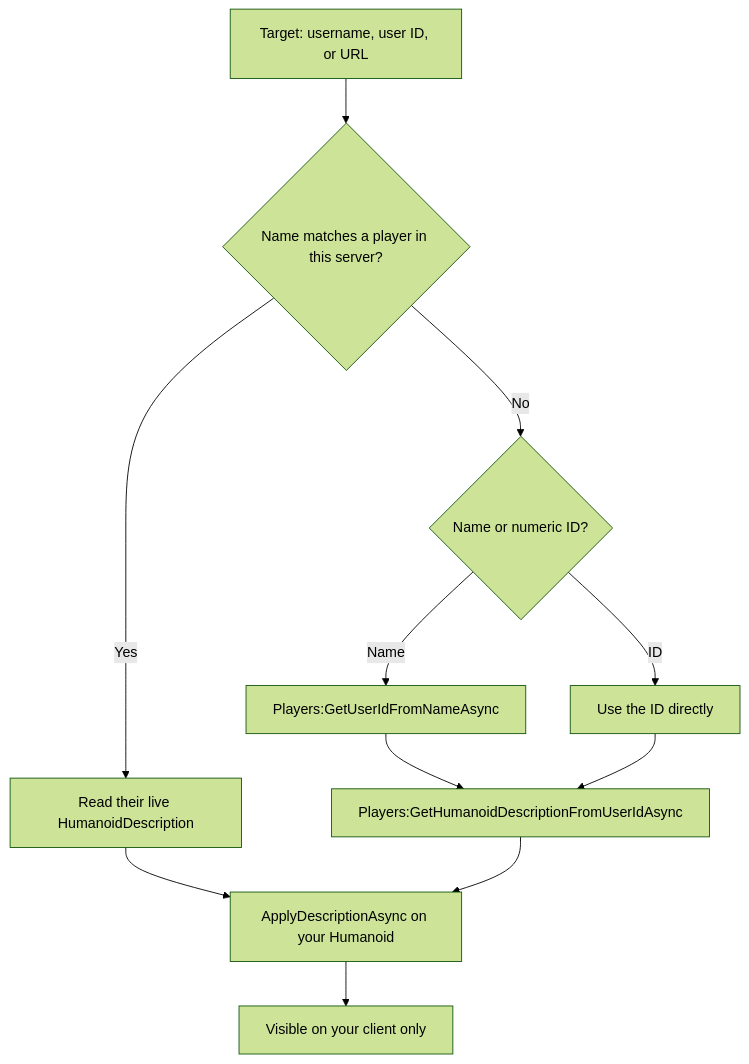
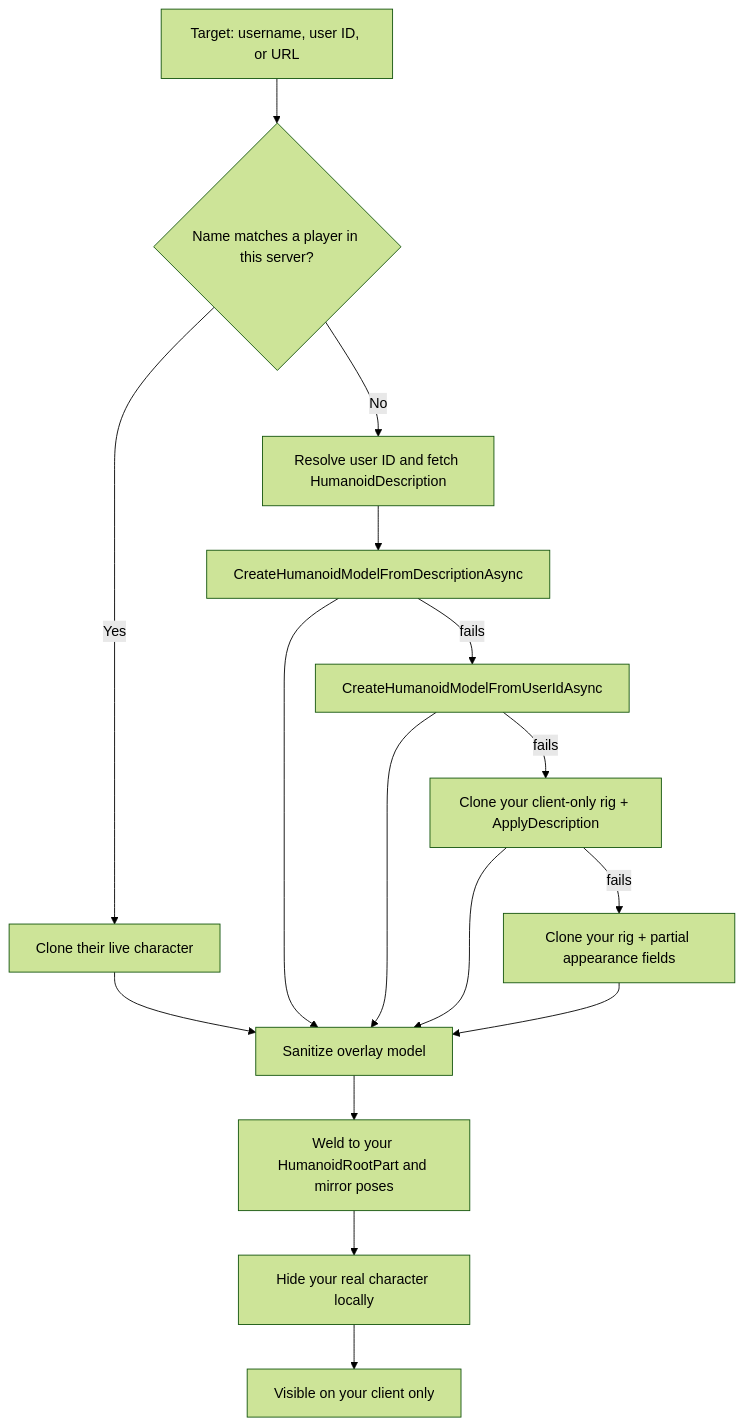
Before and after one commit to ArchDityaa/avatar-copier: the diagram in README.md, drawn with Mermaid (forest theme). The commit also changed other lines of this file and 6 other files, not shown here.

````diff
--- a/README.md
+++ b/README.md
@@ -136,13 +163,18 @@
 ```mermaid
 flowchart TD
     A[Target: username, user ID, or URL] --> B{Name matches a player in this server?}
-    B -- Yes --> C[Read their live HumanoidDescription]
-    B -- No --> D{Name or numeric ID?}
-    D -- Name --> E[Players:GetUserIdFromNameAsync]
-    D -- ID --> F[Use the ID directly]
-    E --> G[Players:GetHumanoidDescriptionFromUserIdAsync]
-    F --> G
-    C --> H[ApplyDescriptionAsync on your Humanoid]
-    G --> H
-    H --> I[Visible on your client only]
+    B -- Yes --> C[Clone their live character]
+    B -- No --> D[Resolve user ID and fetch HumanoidDescription]
+    D --> E[CreateHumanoidModelFromDescriptionAsync]
+    E -- fails --> F[CreateHumanoidModelFromUserIdAsync]
+    F -- fails --> G[Clone your client-only rig + ApplyDescription]
+    G -- fails --> H[Clone your rig + partial appearance fields]
+    C --> I[Sanitize overlay model]
+    E --> I
+    F --> I
+    G --> I
+    H --> I
+    I --> J[Weld to your HumanoidRootPart and mirror poses]
+    J --> K[Hide your real character locally]
+    K --> L[Visible on your client only]
 ```
````
